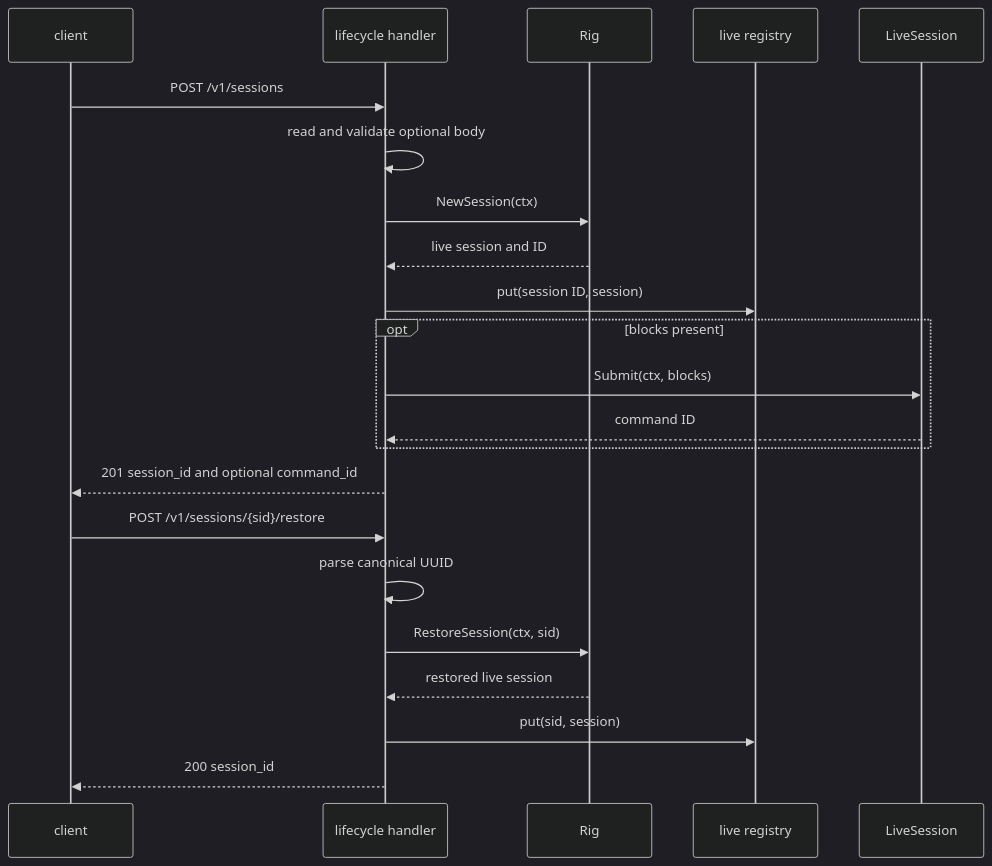
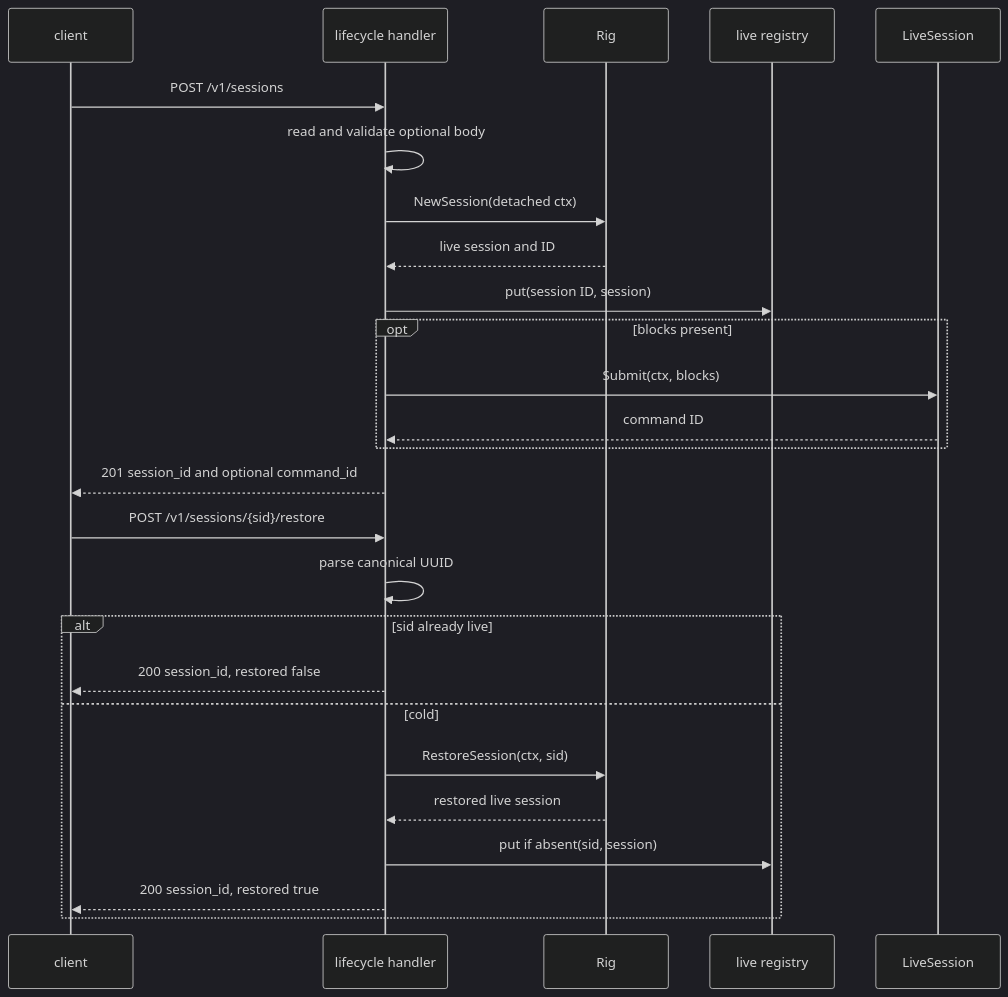
The diagram in docs/guides/harness/http-server/session-lifecycle.md (looprig/.github), drawn with Mermaid before and after one commit. The commit also changed other lines of this file and 412 other files, not shown here.

````diff
--- a/docs/guides/harness/http-server/session-lifecycle.md
+++ b/docs/guides/harness/http-server/session-lifecycle.md
@@ -97,25 +115,29 @@
 ```mermaid
 %%{init: {"theme":"dark"}}%%
 sequenceDiagram
     participant C as client
     participant H as lifecycle handler
     participant R as Rig
     participant G as live registry
     participant S as LiveSession
     C->>H: POST /v1/sessions
     H->>H: read and validate optional body
-    H->>R: NewSession(ctx)
+    H->>R: NewSession(detached ctx)
     R-->>H: live session and ID
     H->>G: put(session ID, session)
     opt blocks present
         H->>S: Submit(ctx, blocks)
         S-->>H: command ID
     end
     H-->>C: 201 session_id and optional command_id
     C->>H: POST /v1/sessions/{sid}/restore
     H->>H: parse canonical UUID
-    H->>R: RestoreSession(ctx, sid)
-    R-->>H: restored live session
-    H->>G: put(sid, session)
-    H-->>C: 200 session_id
+    alt sid already live
+        H-->>C: 200 session_id, restored false
+    else cold
+        H->>R: RestoreSession(ctx, sid)
+        R-->>H: restored live session
+        H->>G: put if absent(sid, session)
+        H-->>C: 200 session_id, restored true
+    end
 ```
````
